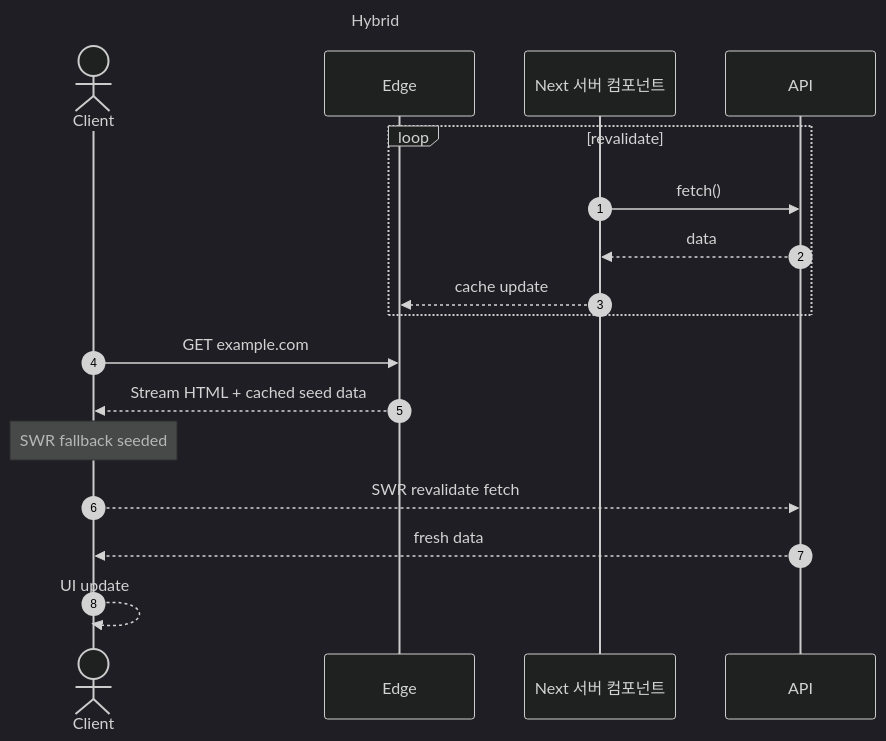
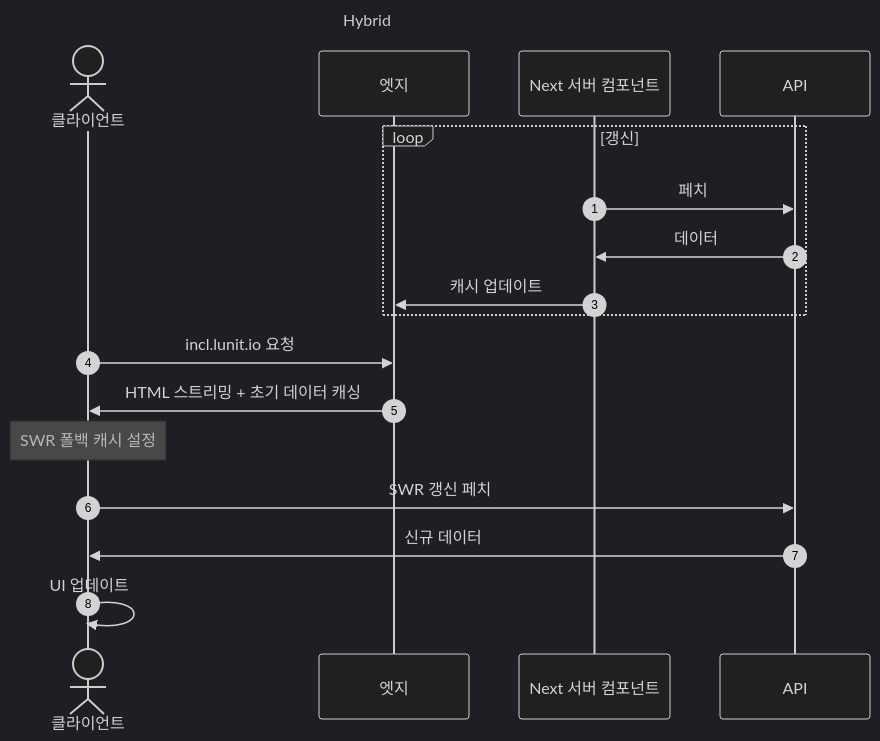
Before and after one commit to anaclumos/extracranial: the third of 3 diagrams in posts/2025-05-20-incl-rebuild/ko.md, drawn with Mermaid (dark theme). The commit also changed other lines of this file, not shown here.

````diff
--- a/posts/2025-05-20-incl-rebuild/ko.md
+++ b/posts/2025-05-20-incl-rebuild/ko.md
@@ -126,26 +126,26 @@
 ```mermaid
 sequenceDiagram
     title Hybrid
     autonumber
-    actor Client
-    participant Edge
-    participant Server as Next 서버 컴포넌트
+    actor 클라이언트
+    participant 엣지
+    participant 서버 as Next 서버 컴포넌트
     participant API
 
-    %% revalidate
-    loop revalidate
-        Server->>API: fetch()
-        API-->>Server: data
-        Server-->>Edge: cache update
+    %% 갱신
+    loop 갱신
+        서버->>API: 페치
+        API->>서버: 데이터
+        서버->>엣지: 캐시 업데이트
     end
 
     %% request-time flow
-    Client->>Edge: GET example.com
-    Edge-->>Client: Stream HTML + cached seed data
-    Note over Client: SWR fallback seeded
+    클라이언트->>엣지: incl.lunit.io 요청
+    엣지->>클라이언트: HTML 스트리밍 + 초기 데이터 캐싱
+    Note over 클라이언트: SWR 폴백 캐시 설정
 
-    %% client-side live update
-    Client-->>API: SWR revalidate fetch
-    API-->>Client: fresh data
-    Client-->>Client: UI update
+    %% 클라이언트-side 라이브 업데이트
+    클라이언트->>API: SWR 갱신 페치
+    API->>클라이언트: 신규 데이터
+    클라이언트->>클라이언트: UI 업데이트
 ```
````
